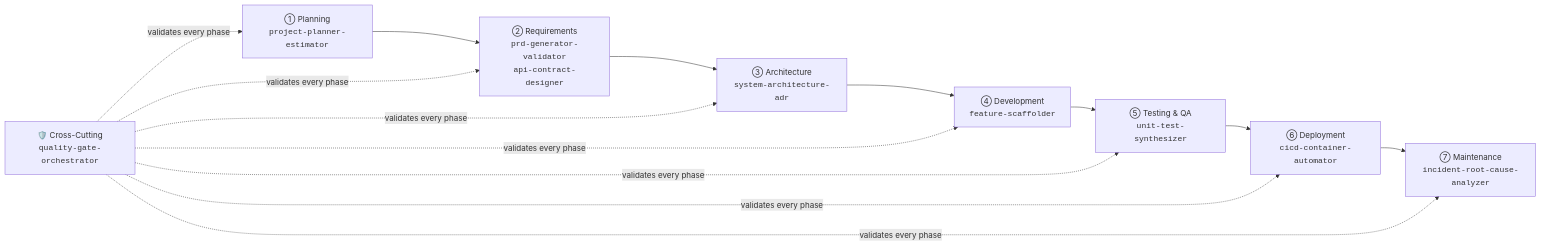
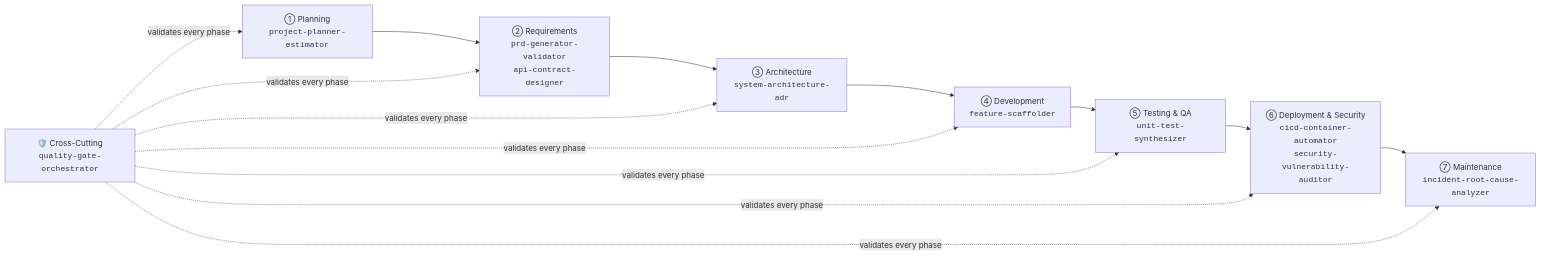
One commit to OpenYantra/SkillForgeAI changed the first of 4 diagrams in GETTING-STARTED.md. Above: the diagram before and after it, drawn with Mermaid. The commit also changed other lines of this file and 24 other files, not shown here.

First line of the commit message:
Merge pull request #1 from rishikesh-net/feature-security-vulnerability-auditor

````diff
--- a/GETTING-STARTED.md
+++ b/GETTING-STARTED.md
@@ -65,13 +65,13 @@
 ```mermaid
 flowchart LR
     P1["① Planning<br/><code>project-planner-estimator</code>"]
     --> P2["② Requirements<br/><code>prd-generator-validator</code><br/><code>api-contract-designer</code>"]
     --> P3["③ Architecture<br/><code>system-architecture-adr</code>"]
     --> P4["④ Development<br/><code>feature-scaffolder</code>"]
     --> P5["⑤ Testing & QA<br/><code>unit-test-synthesizer</code>"]
-    --> P6["⑥ Deployment<br/><code>cicd-container-automator</code>"]
+    --> P6["⑥ Deployment & Security<br/><code>cicd-container-automator</code><br/><code>security-vulnerability-auditor</code>"]
     --> P7["⑦ Maintenance<br/><code>incident-root-cause-analyzer</code>"]
 
     QG["🛡️ Cross-Cutting<br/><code>quality-gate-orchestrator</code>"]
     QG -.->|"validates every phase"| P1 & P2 & P3 & P4 & P5 & P6 & P7
 ```
````
